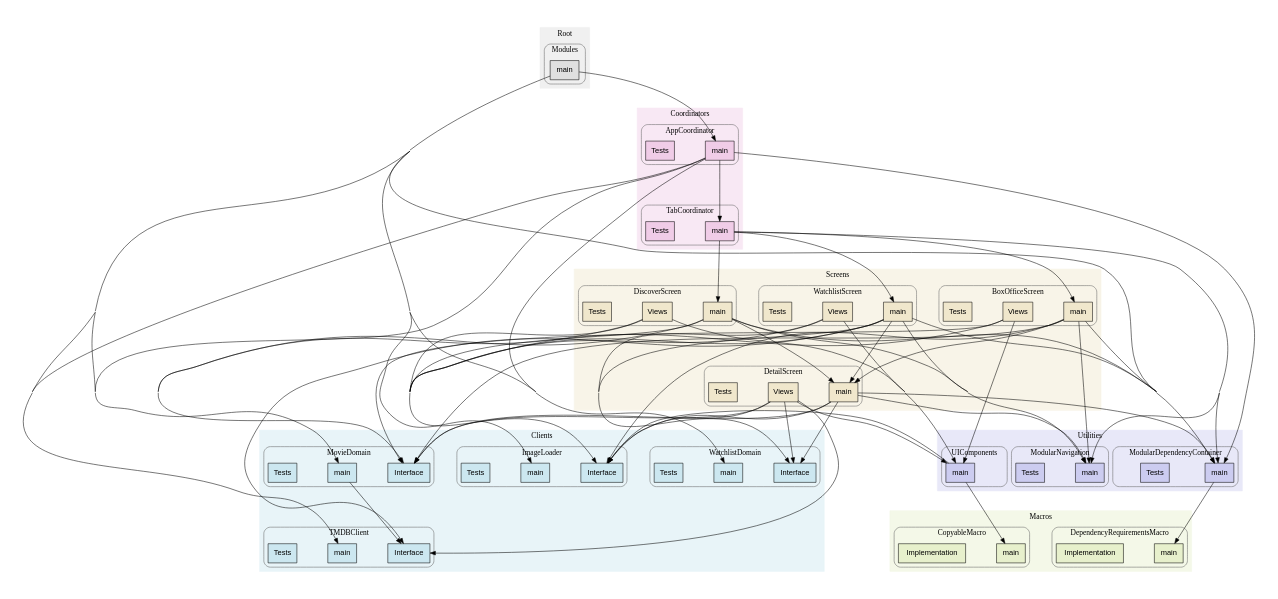
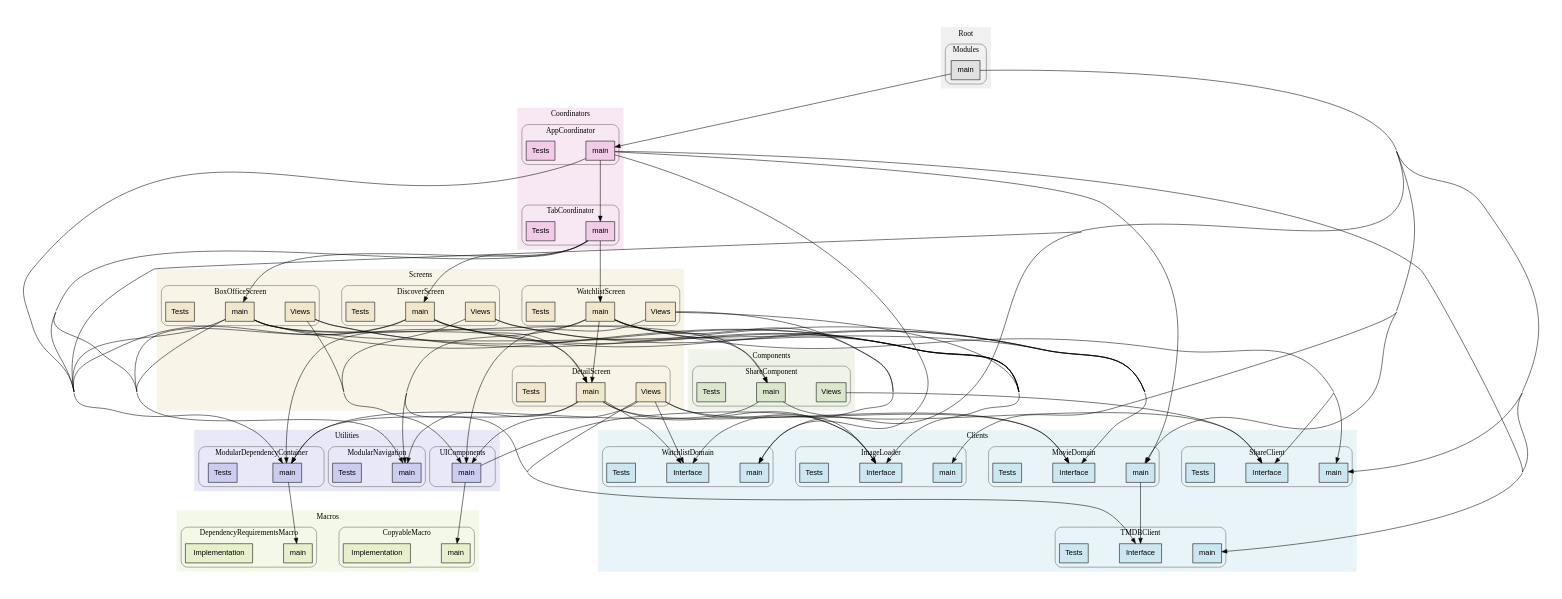
One commit to stephane-at-hatch/DIDemo changed the diagram in dependency-graph-detailed.dot. Above: the diagram before and after it, drawn with Graphviz. The commit also changed 39 other files, not shown here.

```diff
--- a/dependency-graph-detailed.dot
+++ b/dependency-graph-detailed.dot
@@ -62,6 +62,15 @@
             MovieDomain_interface [label="Interface", fillcolor="#cce7f0"];
             MovieDomain_tests [label="Tests", fillcolor="#cce7f0"];
         }
+        subgraph cluster_ShareClient {
+            label="ShareClient";
+            style=rounded;
+            color="#666666";
+        
+            ShareClient_main [label="main", fillcolor="#cce7f0"];
+            ShareClient_interface [label="Interface", fillcolor="#cce7f0"];
+            ShareClient_tests [label="Tests", fillcolor="#cce7f0"];
+        }
         subgraph cluster_TMDBClient {
             label="TMDBClient";
             style=rounded;
@@ -79,6 +88,22 @@
             WatchlistDomain_main [label="main", fillcolor="#cce7f0"];
             WatchlistDomain_interface [label="Interface", fillcolor="#cce7f0"];
             WatchlistDomain_tests [label="Tests", fillcolor="#cce7f0"];
+        }
+    }
+
+    subgraph cluster_components {
+        label="Components";
+        style=filled;
+        color="#f0f4e8";
+
+        subgraph cluster_ShareComponent {
+            label="ShareComponent";
+            style=rounded;
+            color="#666666";
+        
+            ShareComponent_main [label="main", fillcolor="#dae7cc"];
+            ShareComponent_views [label="Views", fillcolor="#dae7cc"];
+            ShareComponent_tests [label="Tests", fillcolor="#dae7cc"];
         }
     }
 
@@ -189,6 +214,7 @@
     Modules_main -> ModularDependencyContainer_main;
     Modules_main -> TMDBClient_main;
     Modules_main -> ImageLoader_main;
+    Modules_main -> ShareClient_main;
     Modules_main -> MovieDomain_main;
     Modules_main -> WatchlistDomain_main;
     Modules_main -> AppCoordinator_main;
@@ -202,11 +228,15 @@
     TabCoordinator_main -> DiscoverScreen_main;
     TabCoordinator_main -> WatchlistScreen_main;
     TabCoordinator_main -> ModularNavigation_main;
+    ShareComponent_main -> ModularDependencyContainer_main;
+    ShareComponent_main -> ShareClient_interface;
+    ShareComponent_views -> ShareClient_interface;
     BoxOfficeScreen_main -> ModularDependencyContainer_main;
     BoxOfficeScreen_main -> ModularNavigation_main;
     BoxOfficeScreen_main -> MovieDomain_interface;
     BoxOfficeScreen_main -> ImageLoader_interface;
     BoxOfficeScreen_main -> DetailScreen_main;
+    BoxOfficeScreen_main -> ShareComponent_main;
     BoxOfficeScreen_views -> UIComponents_main;
     BoxOfficeScreen_views -> MovieDomain_interface;
     BoxOfficeScreen_views -> ImageLoader_interface;
@@ -234,6 +264,9 @@
     WatchlistScreen_main -> TMDBClient_interface;
     WatchlistScreen_main -> ImageLoader_interface;
     WatchlistScreen_main -> DetailScreen_main;
+    WatchlistScreen_main -> ShareClient_interface;
+    WatchlistScreen_main -> ShareClient_main;
+    WatchlistScreen_main -> ShareComponent_main;
     WatchlistScreen_views -> UIComponents_main;
     WatchlistScreen_views -> WatchlistDomain_interface;
     WatchlistScreen_views -> ImageLoader_interface;
```
